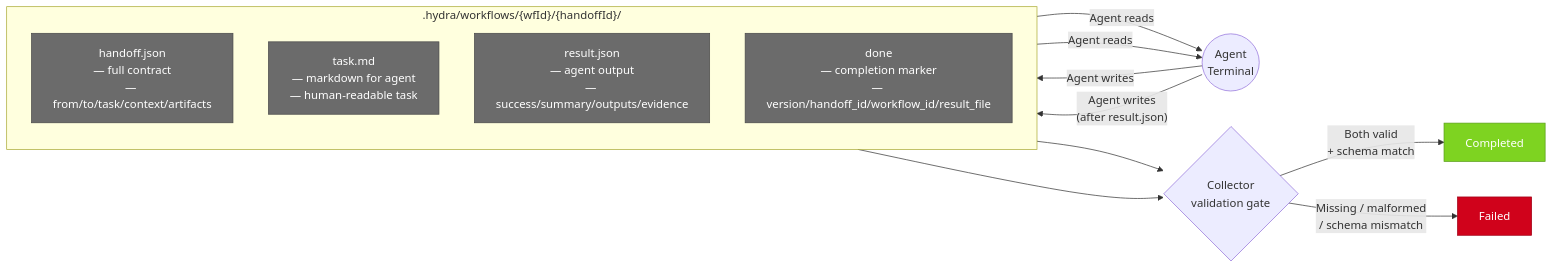
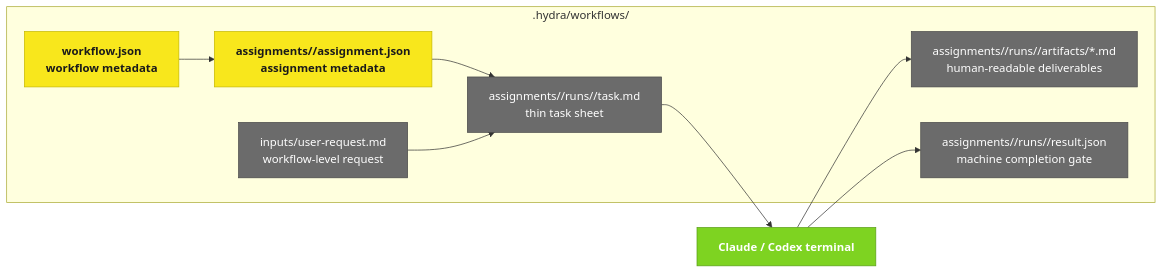
Before and after one commit to blueberrycongee/termcanvas: the fourth of 4 diagrams in docs/hydra-panorama-flow.md, drawn with Mermaid. The commit also changed other lines of this file and 9 other files, not shown here.

Commit message:
docs(hydra): align guides with assignment run semantics

````diff
--- a/docs/hydra-panorama-flow.md
+++ b/docs/hydra-panorama-flow.md
@@ -255,25 +78,22 @@
 ```mermaid
 flowchart LR
     classDef file fill:#6b6b6b,stroke:#4a4a4a,color:#fff
-    classDef valid fill:#7ed321,stroke:#5a9e18,color:#fff
-    classDef invalid fill:#d0021b,stroke:#a00116,color:#fff
+    classDef state fill:#f8e71c,stroke:#c5b800,color:#1a1a1a,font-weight:bold
+    classDef agent fill:#7ed321,stroke:#5a9e18,color:#fff,font-weight:bold
 
-    subgraph PACKAGE [".hydra/workflows/{wfId}/{handoffId}/"]
-        direction TB
-        HF[handoff.json\n— full contract\n— from/to/task/context/artifacts]:::file
-        TM[task.md\n— markdown for agent\n— human-readable task]:::file
-        RJ[result.json\n— agent output\n— success/summary/outputs/evidence]:::file
-        DM[done\n— completion marker\n— version/handoff_id/workflow_id/result_file]:::file
+    subgraph WF[".hydra/workflows/<workflowId>"]
+        WJ["workflow.json<br/>workflow metadata"]:::state
+        INPUT["inputs/user-request.md<br/>workflow-level request"]:::file
+        AJ["assignments/<assignmentId>/assignment.json<br/>assignment metadata"]:::state
+        TASK["assignments/<assignmentId>/runs/<runId>/task.md<br/>thin task sheet"]:::file
+        ART["assignments/<assignmentId>/runs/<runId>/artifacts/*.md<br/>human-readable deliverables"]:::file
+        RESULT["assignments/<assignmentId>/runs/<runId>/result.json<br/>machine completion gate"]:::file
     end
 
-    HF -- "Agent reads" --> AGENT((Agent\nTerminal))
-    TM -- "Agent reads" --> AGENT
-    AGENT -- "Agent writes" --> RJ
-    AGENT -- "Agent writes\n(after result.json)" --> DM
-
-    DM --> COLLECTOR{Collector\nvalidation gate}
-    RJ --> COLLECTOR
-
-    COLLECTOR -- "Both valid\n+ schema match" --> PASS[Completed]:::valid
-    COLLECTOR -- "Missing / malformed\n/ schema mismatch" --> REJECT[Failed]:::invalid
+    WJ --> AJ
+    AJ --> TASK
+    INPUT --> TASK
+    TASK --> AGENT["Claude / Codex terminal"]:::agent
+    AGENT --> ART
+    AGENT --> RESULT
 ```
````
